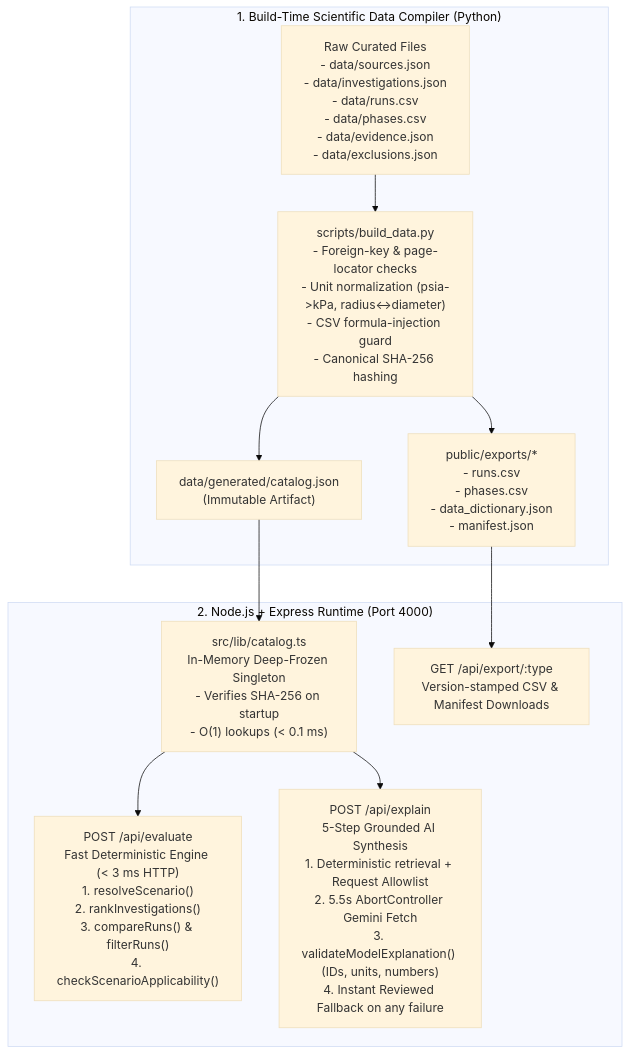
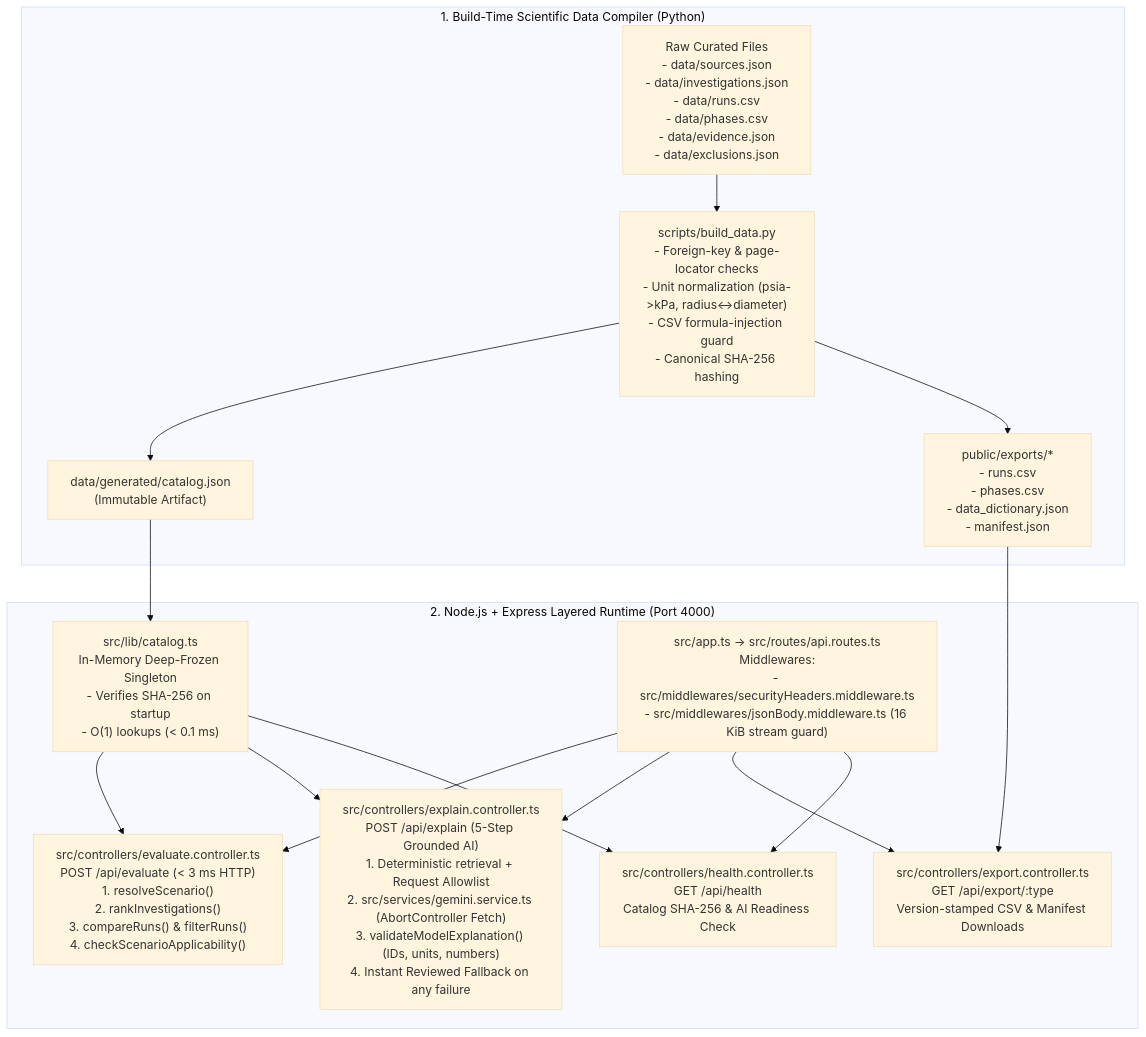
The diagram in docs/MOSTAFA_BACKEND_MASTER_GUIDE.md (mariam-29/FlameFall), drawn with Mermaid (base theme) before and after one commit. The commit also changed other lines of this file and 11 other files, not shown here.

Commit message:
refactor(arch): modularize Express app into config, middlewares, services, controllers, and routes

````diff
--- a/docs/MOSTAFA_BACKEND_MASTER_GUIDE.md
+++ b/docs/MOSTAFA_BACKEND_MASTER_GUIDE.md
@@ -12,24 +12,32 @@
 ```mermaid
 flowchart TD
     subgraph Offline["1. Build-Time Scientific Data Compiler (Python)"]
         RAW["Raw Curated Files\n- data/sources.json\n- data/investigations.json\n- data/runs.csv\n- data/phases.csv\n- data/evidence.json\n- data/exclusions.json"]
         PY["scripts/build_data.py\n- Foreign-key & page-locator checks\n- Unit normalization (psia->kPa, radius<->diameter)\n- CSV formula-injection guard\n- Canonical SHA-256 hashing"]
         CAT["data/generated/catalog.json\n(Immutable Artifact)"]
         EXP["public/exports/*\n- runs.csv\n- phases.csv\n- data_dictionary.json\n- manifest.json"]
         RAW --> PY --> CAT
         PY --> EXP
     end
 
-    subgraph Runtime["2. Node.js + Express Runtime (Port 4000)"]
+    subgraph Runtime["2. Node.js + Express Layered Runtime (Port 4000)"]
         MEM["src/lib/catalog.ts\nIn-Memory Deep-Frozen Singleton\n- Verifies SHA-256 on startup\n- O(1) lookups (< 0.1 ms)"]
         CAT --> MEM
 
-        EVAL["POST /api/evaluate\nFast Deterministic Engine (< 3 ms HTTP)\n1. resolveScenario()\n2. rankInvestigations()\n3. compareRuns() & filterRuns()\n4. checkScenarioApplicability()"]
-        EXPL["POST /api/explain\n5-Step Grounded AI Synthesis\n1. Deterministic retrieval + Request Allowlist\n2. 5.5s AbortController Gemini Fetch\n3. validateModelExplanation() (IDs, units, numbers)\n4. Instant Reviewed Fallback on any failure"]
-        EXPRT["GET /api/export/:type\nVersion-stamped CSV & Manifest Downloads"]
+        APP["src/app.ts -> src/routes/api.routes.ts\nMiddlewares:\n- src/middlewares/securityHeaders.middleware.ts\n- src/middlewares/jsonBody.middleware.ts (16 KiB stream guard)"]
 
+        EVAL["src/controllers/evaluate.controller.ts\nPOST /api/evaluate (< 3 ms HTTP)\n1. resolveScenario()\n2. rankInvestigations()\n3. compareRuns() & filterRuns()\n4. checkScenarioApplicability()"]
+        EXPL["src/controllers/explain.controller.ts\nPOST /api/explain (5-Step Grounded AI)\n1. Deterministic retrieval + Request Allowlist\n2. src/services/gemini.service.ts (AbortController Fetch)\n3. validateModelExplanation() (IDs, units, numbers)\n4. Instant Reviewed Fallback on any failure"]
+        EXPRT["src/controllers/export.controller.ts\nGET /api/export/:type\nVersion-stamped CSV & Manifest Downloads"]
+        HLTH["src/controllers/health.controller.ts\nGET /api/health\nCatalog SHA-256 & AI Readiness Check"]
+
+        APP --> EVAL
+        APP --> EXPL
+        APP --> EXPRT
+        APP --> HLTH
         MEM --> EVAL
         MEM --> EXPL
+        MEM --> HLTH
         EXP --> EXPRT
     end
 ```
````
